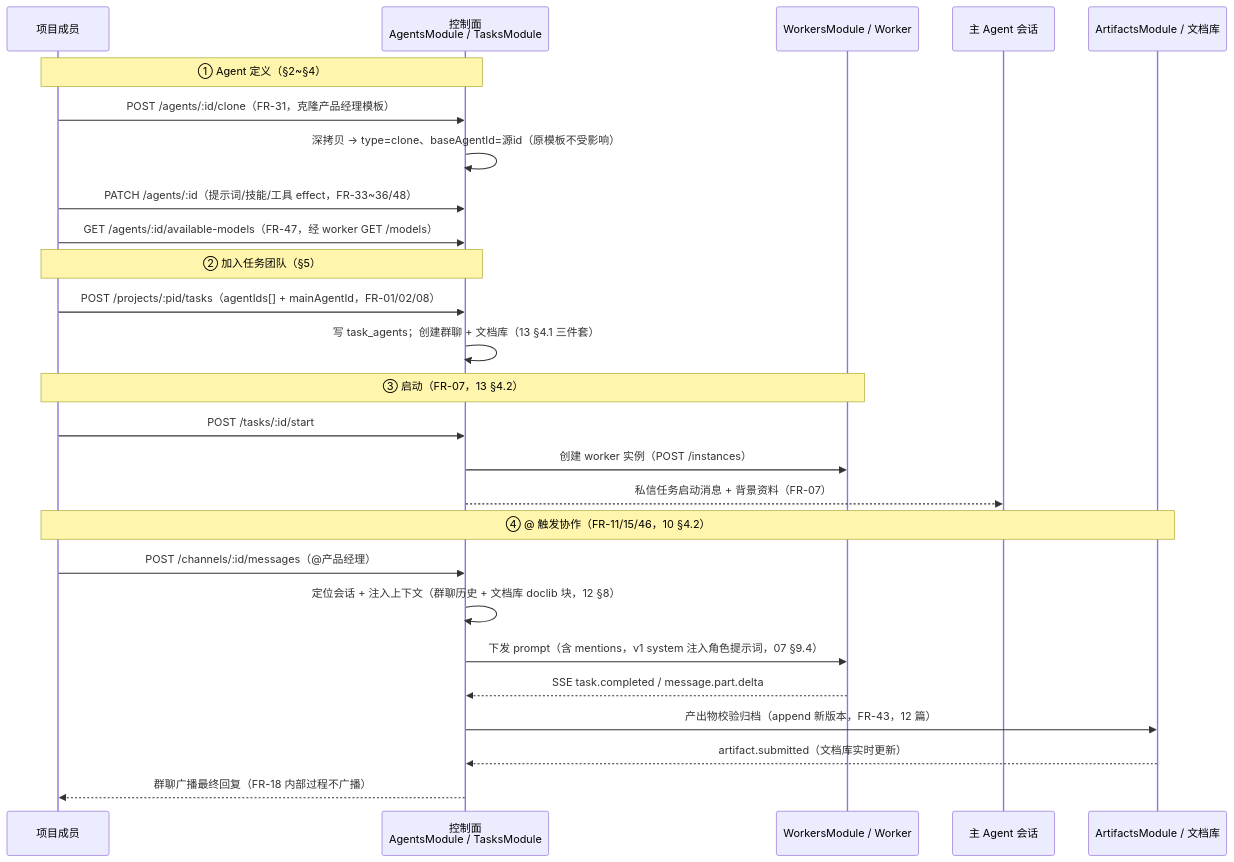
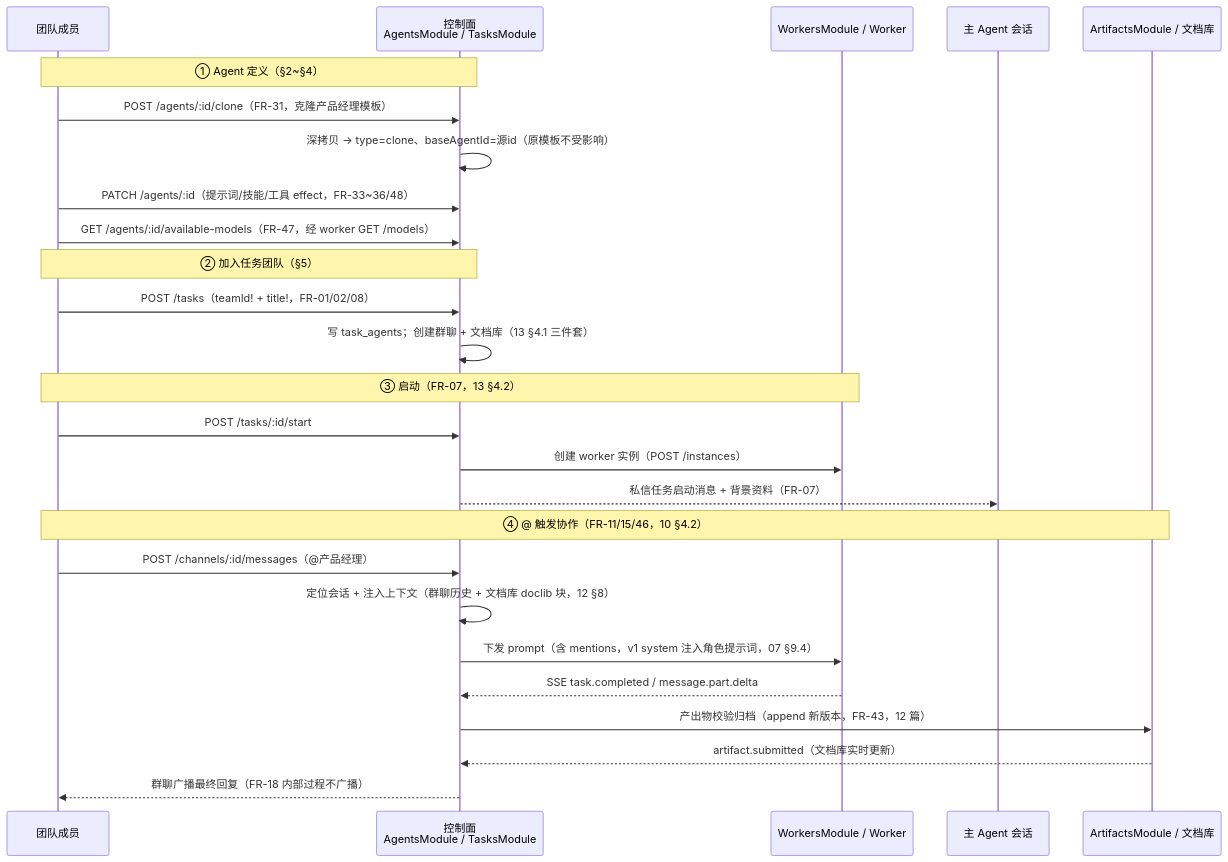
One commit to guolong123/vteam changed the second of 2 diagrams in docs/agent-platform/14-Agent配置与虚拟团队模型.md. Above: the diagram before and after it, drawn with Mermaid. The commit also changed other lines of this file and 32 other files, not shown here.

````diff
--- a/docs/agent-platform/14-Agent配置与虚拟团队模型.md
+++ b/docs/agent-platform/14-Agent配置与虚拟团队模型.md
@@ -361,32 +359,32 @@
 ```mermaid
 sequenceDiagram
-    participant MEM as 项目成员
+    participant MEM as 团队成员
     participant CTRL as 控制面<br/>AgentsModule / TasksModule
     participant WK as WorkersModule / Worker
     participant MAIN as 主 Agent 会话
     participant ART as ArtifactsModule / 文档库
 
     Note over MEM,CTRL: ① Agent 定义（§2~§4）
     MEM->>CTRL: POST /agents/:id/clone（FR-31，克隆产品经理模板）
     CTRL->>CTRL: 深拷贝 → type=clone、baseAgentId=源id（原模板不受影响）
     MEM->>CTRL: PATCH /agents/:id（提示词/技能/工具 effect，FR-33~36/48）
     MEM->>CTRL: GET /agents/:id/available-models（FR-47，经 worker GET /models）
 
     Note over MEM,CTRL: ② 加入任务团队（§5）
-    MEM->>CTRL: POST /projects/:pid/tasks（agentIds[] + mainAgentId，FR-01/02/08）
+    MEM->>CTRL: POST /tasks（teamId! + title!，FR-01/02/08）
     CTRL->>CTRL: 写 task_agents；创建群聊 + 文档库（13 §4.1 三件套）
 
     Note over MEM,WK: ③ 启动（FR-07，13 §4.2）
     MEM->>CTRL: POST /tasks/:id/start
     CTRL->>WK: 创建 worker 实例（POST /instances）
     CTRL-->>MAIN: 私信任务启动消息 + 背景资料（FR-07）
 
     Note over MEM,ART: ④ @ 触发协作（FR-11/15/46，10 §4.2）
     MEM->>CTRL: POST /channels/:id/messages（@产品经理）
     CTRL->>CTRL: 定位会话 + 注入上下文（群聊历史 + 文档库 doclib 块，12 §8）
     CTRL->>WK: 下发 prompt（含 mentions，v1 system 注入角色提示词，07 §9.4）
     WK-->>CTRL: SSE task.completed / message.part.delta
     CTRL->>ART: 产出物校验归档（append 新版本，FR-43，12 篇）
     ART-->>CTRL: artifact.submitted（文档库实时更新）
     CTRL-->>MEM: 群聊广播最终回复（FR-18 内部过程不广播）
 ```
````
